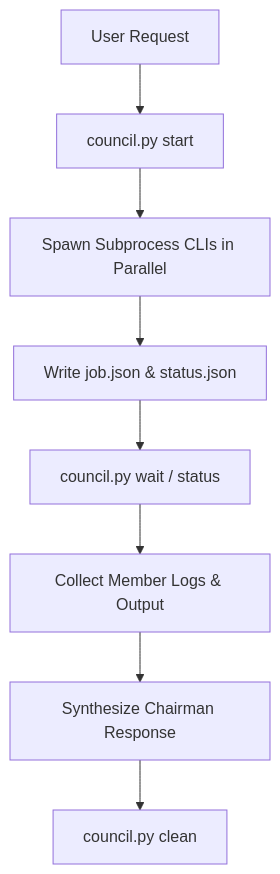
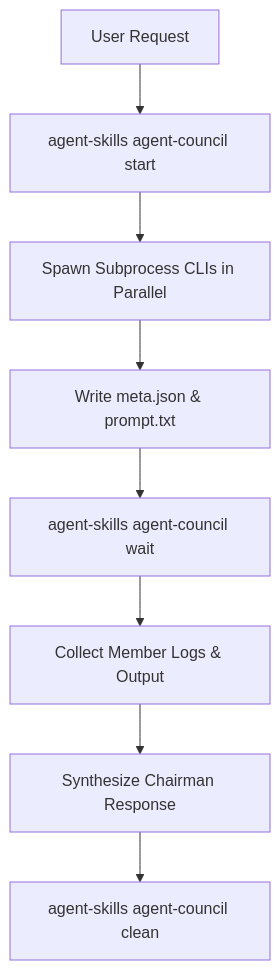
Before and after one commit to louis-pvs/agent-skills: the diagram in skills/agent-council/references/overview.md, drawn with Mermaid. The commit also changed 10 other files, not shown here.

Commit message:
feat(agent-council): migrate skill automation to Rust CLI and enforce TDD protocol

````diff
--- a/skills/agent-council/references/overview.md
+++ b/skills/agent-council/references/overview.md
@@ -9,10 +9,10 @@
 ```mermaid
 flowchart TD
-    A[User Request] --> B[council.py start]
+    A[User Request] --> B[agent-skills agent-council start]
     B --> C[Spawn Subprocess CLIs in Parallel]
-    C --> D[Write job.json & status.json]
-    D --> E[council.py wait / status]
+    C --> D[Write meta.json & prompt.txt]
+    D --> E[agent-skills agent-council wait]
     E --> F[Collect Member Logs & Output]
     F --> G[Synthesize Chairman Response]
-    G --> H[council.py clean]
+    G --> H[agent-skills agent-council clean]
 ```
````
